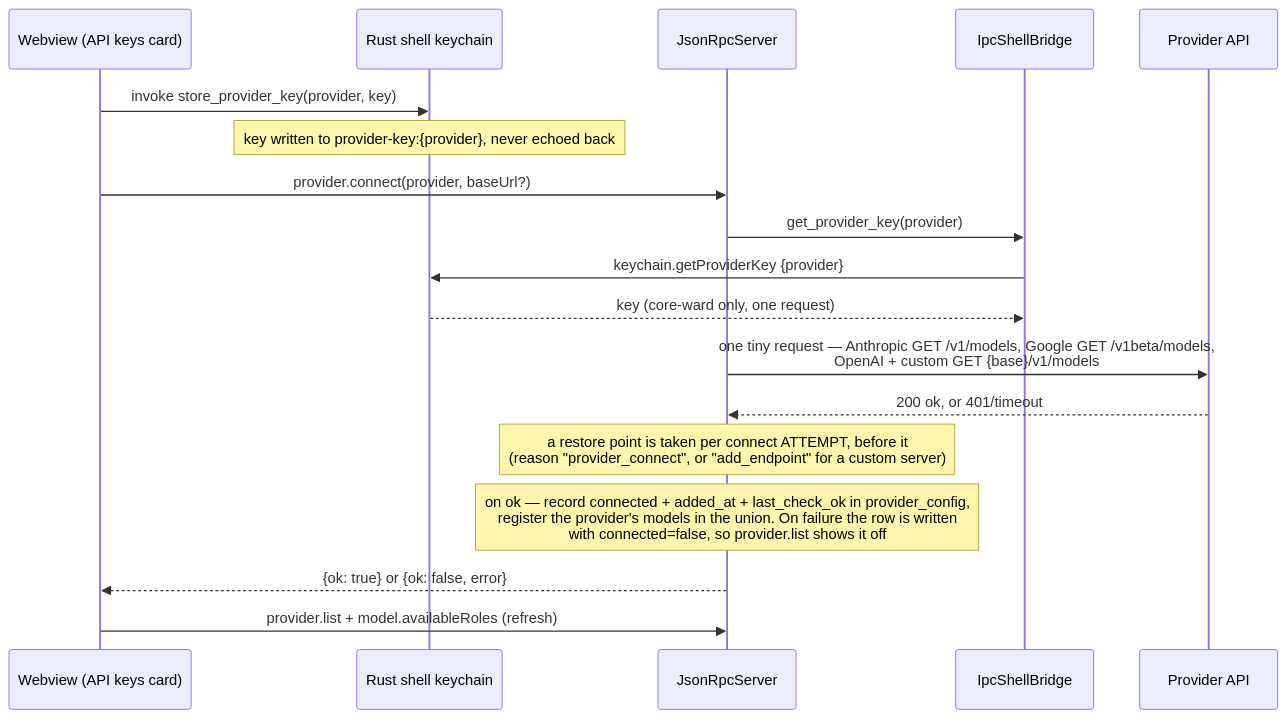
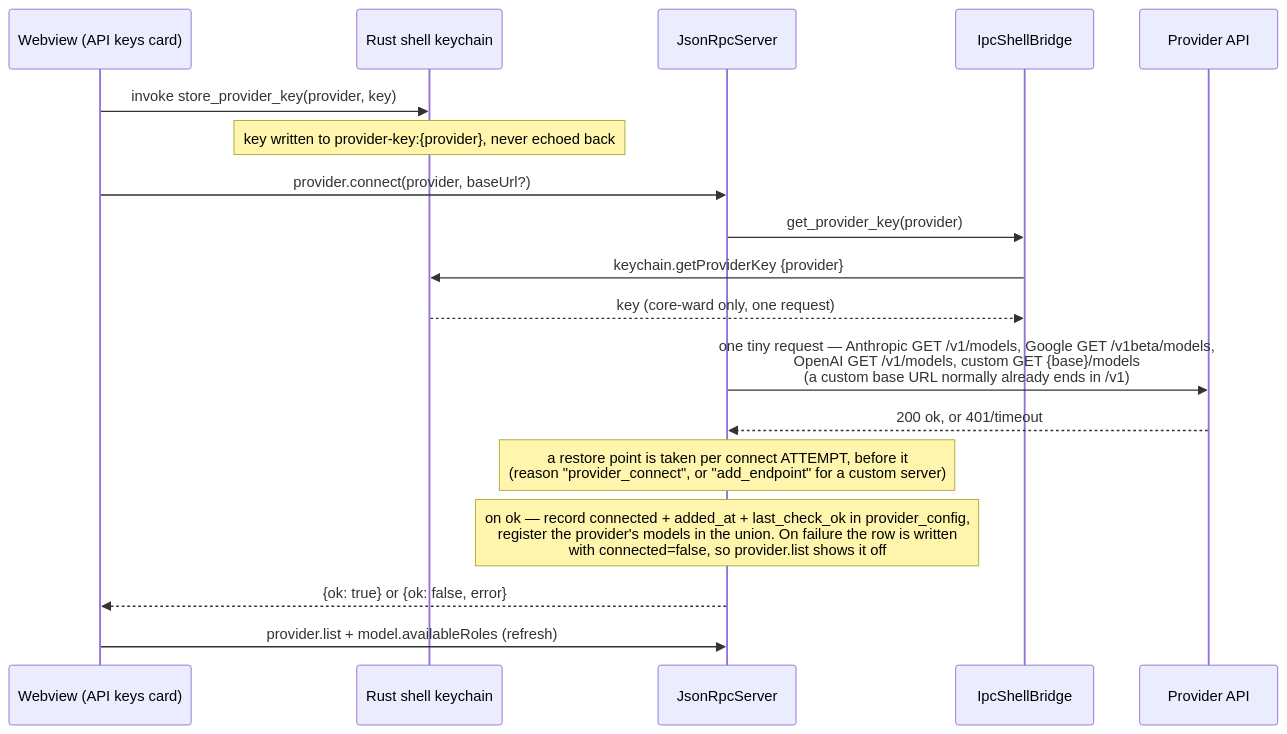
One commit to N041M/Addison changed the seventh of 15 diagrams in docs/flows.md. Above: the diagram before and after it, drawn with Mermaid. The commit also changed other lines of this file and 8 other files, not shown here.

````diff
--- a/docs/flows.md
+++ b/docs/flows.md
@@ -262,21 +263,21 @@
 ```mermaid
 sequenceDiagram
     participant UI as Webview (API keys card)
     participant SH as Rust shell keychain
     participant SRV as JsonRpcServer
     participant BR as IpcShellBridge
     participant P as Provider API
 
     UI->>SH: invoke store_provider_key(provider, key)
     Note over SH: key written to provider-key:{provider}, never echoed back
     UI->>SRV: provider.connect(provider, baseUrl?)
     SRV->>BR: get_provider_key(provider)
     BR->>SH: keychain.getProviderKey {provider}
     SH-->>BR: key (core-ward only, one request)
-    SRV->>P: one tiny request — Anthropic GET /v1/models, Google GET /v1beta/models,<br/>OpenAI + custom GET {base}/v1/models
+    SRV->>P: one tiny request — Anthropic GET /v1/models, Google GET /v1beta/models,<br/>OpenAI GET /v1/models, custom GET {base}/models<br/>(a custom base URL normally already ends in /v1)
     P-->>SRV: 200 ok, or 401/timeout
     Note over SRV: a restore point is taken per connect ATTEMPT, before it<br/>(reason "provider_connect", or "add_endpoint" for a custom server)
     Note over SRV: on ok — record connected + added_at + last_check_ok in provider_config,<br/>register the provider's models in the union. On failure the row is written<br/>with connected=false, so provider.list shows it off
     SRV-->>UI: {ok: true} or {ok: false, error}
     UI->>SRV: provider.list + model.availableRoles (refresh)
 ```
````
